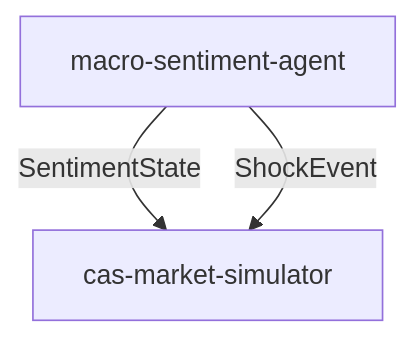
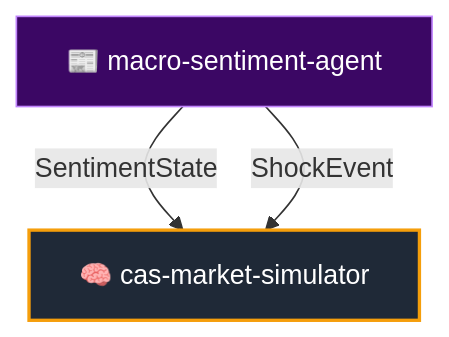
Before and after one commit to 7mertyavuz/macro-sentiment-agent: the fourth of 4 diagrams in README.md, drawn with Mermaid. The commit also changed other lines of this file, not shown here.

Commit message:
docs: add comprehensive professional README with architecture, glossary and CAS integration

````diff
--- a/README.md
+++ b/README.md
@@ -111,5 +420,8 @@
 ```mermaid
 flowchart TD
-    MSA["macro-sentiment-agent"] -->|SentimentState| SIM["cas-market-simulator"]
+    MSA["📰 macro-sentiment-agent"] -->|SentimentState| SIM["🧠 cas-market-simulator"]
     MSA -->|ShockEvent| SIM
+
+    style MSA fill:#3b0764,stroke:#c084fc,color:#fff
+    style SIM fill:#1f2937,stroke:#f59e0b,stroke-width:2px,color:#fff
 ```
````
